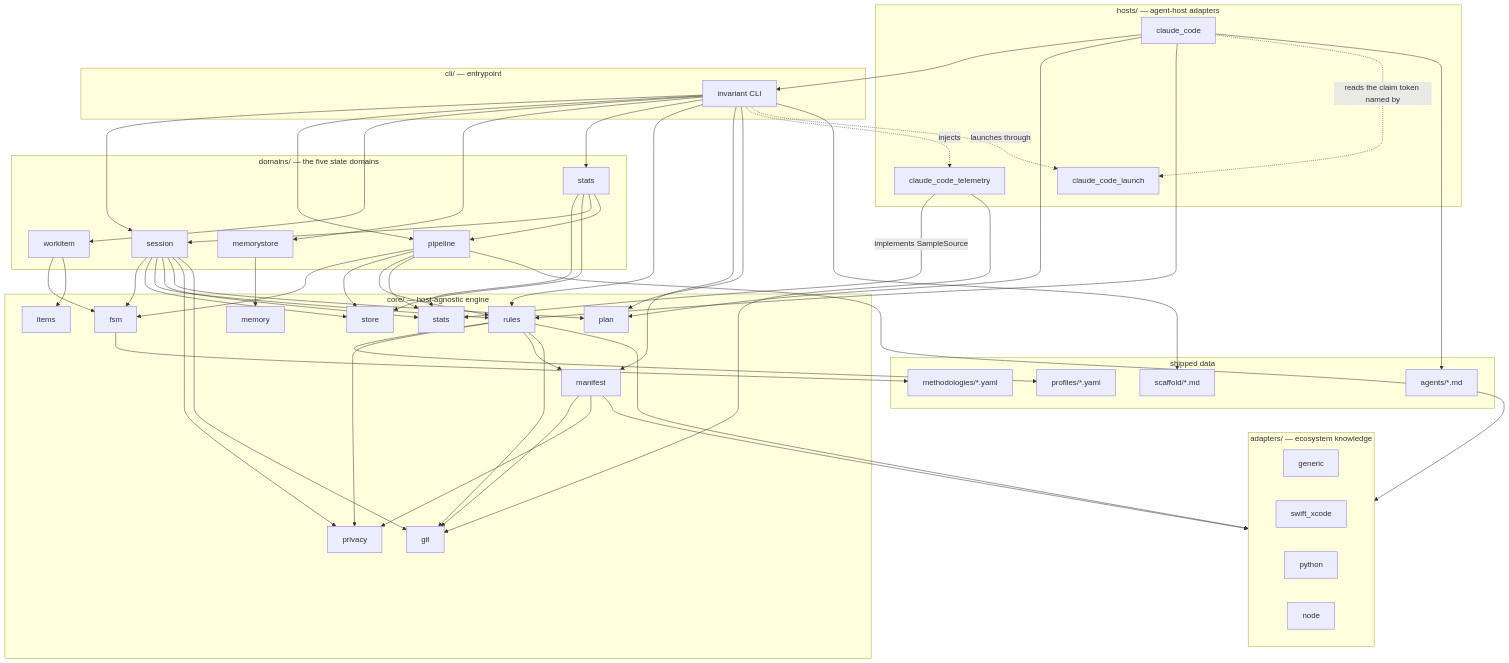
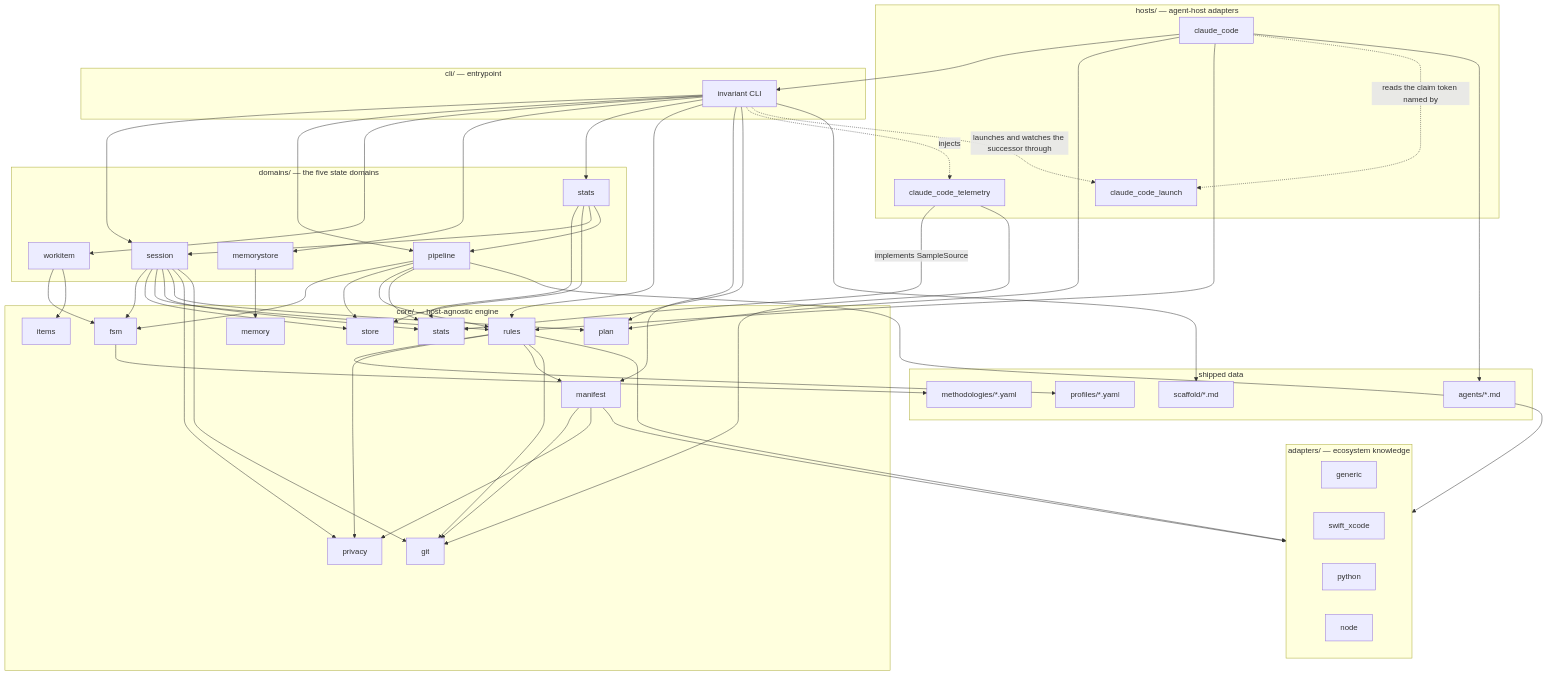
One commit to Mindchallenges/Invariant changed the first of 4 diagrams in docs/architecture/overview.md. Above: the diagram before and after it, drawn with Mermaid. The commit also changed other lines of this file and 6 other files, not shown here.

```diff
--- a/docs/architecture/overview.md
+++ b/docs/architecture/overview.md
@@ -69,7 +69,7 @@
     CLI --> MANIFEST
     CLI --> PLAN
     CLI -. injects .-> CCTEL
-    CLI -. launches through .-> CCLAUNCH
+    CLI -. launches and watches the successor through .-> CCLAUNCH
 
     SESSION --> FSM
     PIPELINE --> FSM
```
